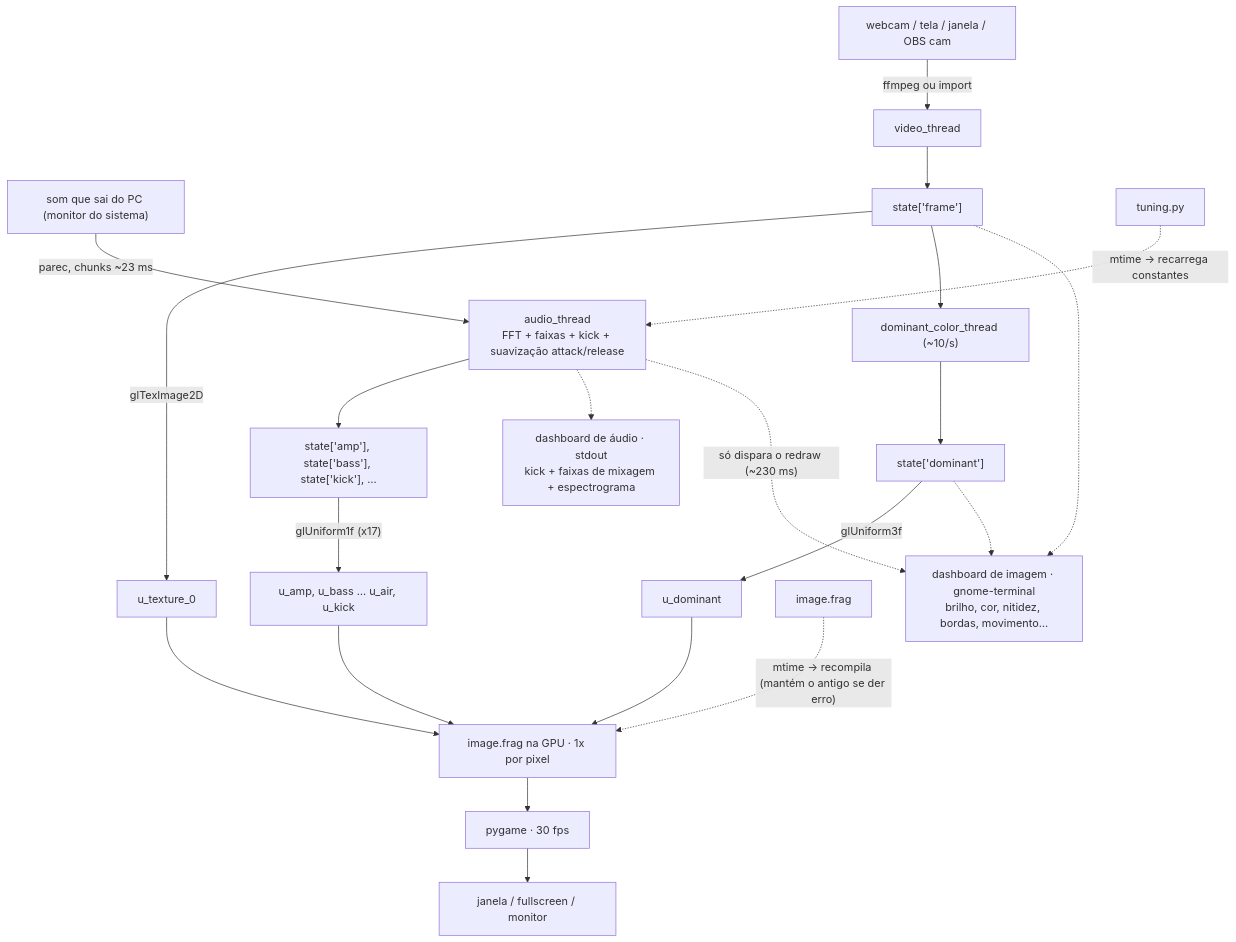
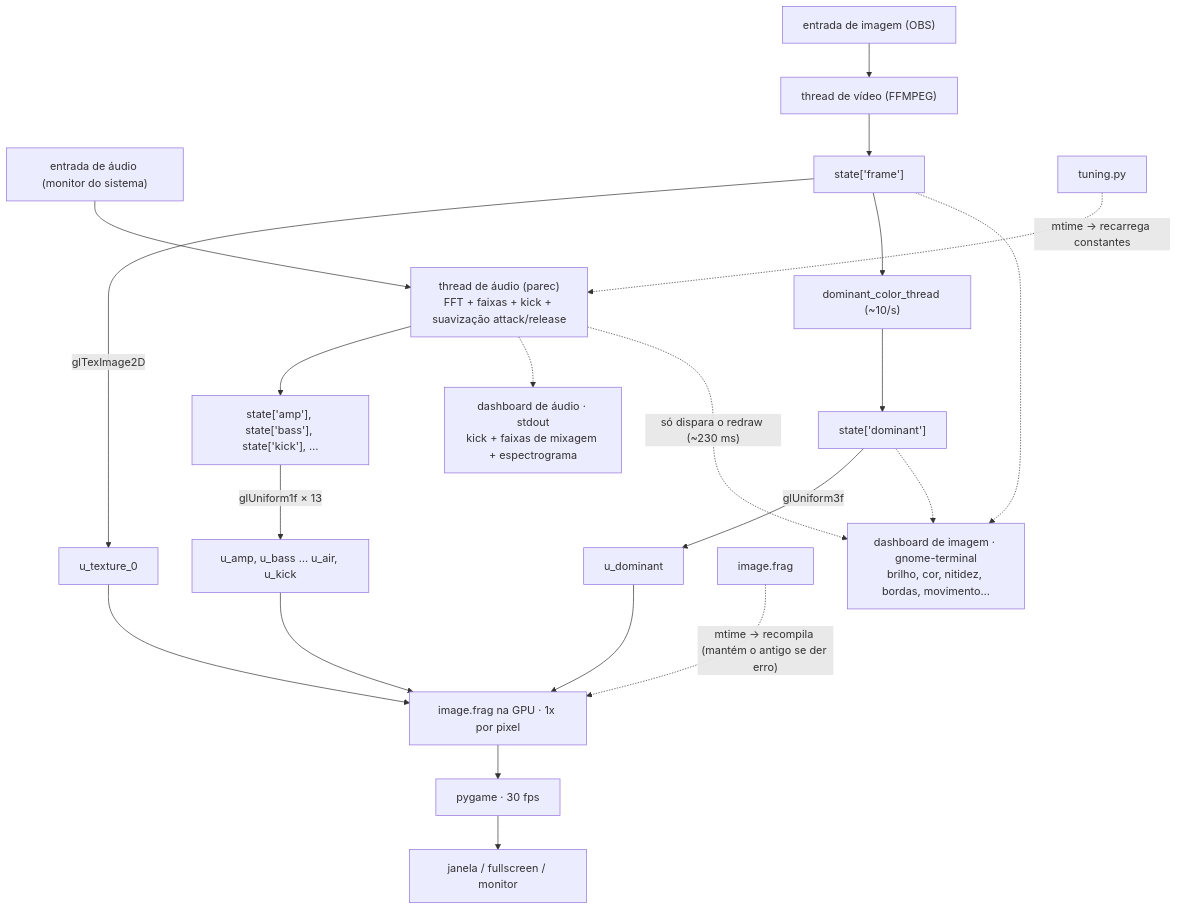
Before and after one commit to paulocremas/cremas-synth-lab: the first of 2 diagrams in README.md, drawn with Mermaid.

Commit message:
Flow 1: name capture threads by tool (FFMPEG / parec), fix audio uniform count

````diff
--- a/README.md
+++ b/README.md
@@ -43,30 +43,30 @@
 ```mermaid
 flowchart TD
-    VID["webcam / tela / janela / OBS cam"]
-    AUD["som que sai do PC (monitor do sistema)"]
+    IMG["entrada de imagem (OBS)"]
+    AUD["entrada de áudio (monitor do sistema)"]
 
-    VID -->|"ffmpeg ou import"| VT["video_thread"]
+    IMG --> VT["thread de vídeo (FFMPEG)"]
     VT --> SF["state['frame']"]
-    AUD -->|"parec, chunks ~23 ms"| AT["audio_thread<br/>FFT + faixas + kick + suavização attack/release"]
+    AUD --> AT["thread de áudio (parec)<br/>FFT + faixas + kick + suavização attack/release"]
 
     SF -->|"glTexImage2D"| UTEX["u_texture_0"]
     SF --> DCT["dominant_color_thread (~10/s)"]
     DCT --> SD["state['dominant']"]
     SD -->|"glUniform3f"| UDOM["u_dominant"]
     AT --> SA["state['amp'], state['bass'], state['kick'], …"]
-    SA -->|"glUniform1f (x17)"| UAUD["u_amp, u_bass … u_air, u_kick"]
+    SA -->|"glUniform1f × 13"| UAUD["u_amp, u_bass … u_air, u_kick"]
 
     TUN["tuning.py"] -.->|"mtime → recarrega constantes"| AT
     FRAG["image.frag"] -.->|"mtime → recompila (mantém o antigo se der erro)"| SHADER
 
     UTEX --> SHADER["image.frag na GPU · 1x por pixel"]
     UDOM --> SHADER
     UAUD --> SHADER
     SHADER --> PG["pygame · 30 fps"]
     PG --> WIN["janela / fullscreen / monitor"]
 
     AT -.-> DASHA["dashboard de áudio · stdout<br/>kick + faixas de mixagem + espectrograma"]
     SF -.-> DASHI["dashboard de imagem · gnome-terminal<br/>brilho, cor, nitidez, bordas, movimento…"]
     SD -.-> DASHI
     AT -.->|"só dispara o redraw (~230 ms)"| DASHI
 ```
````
